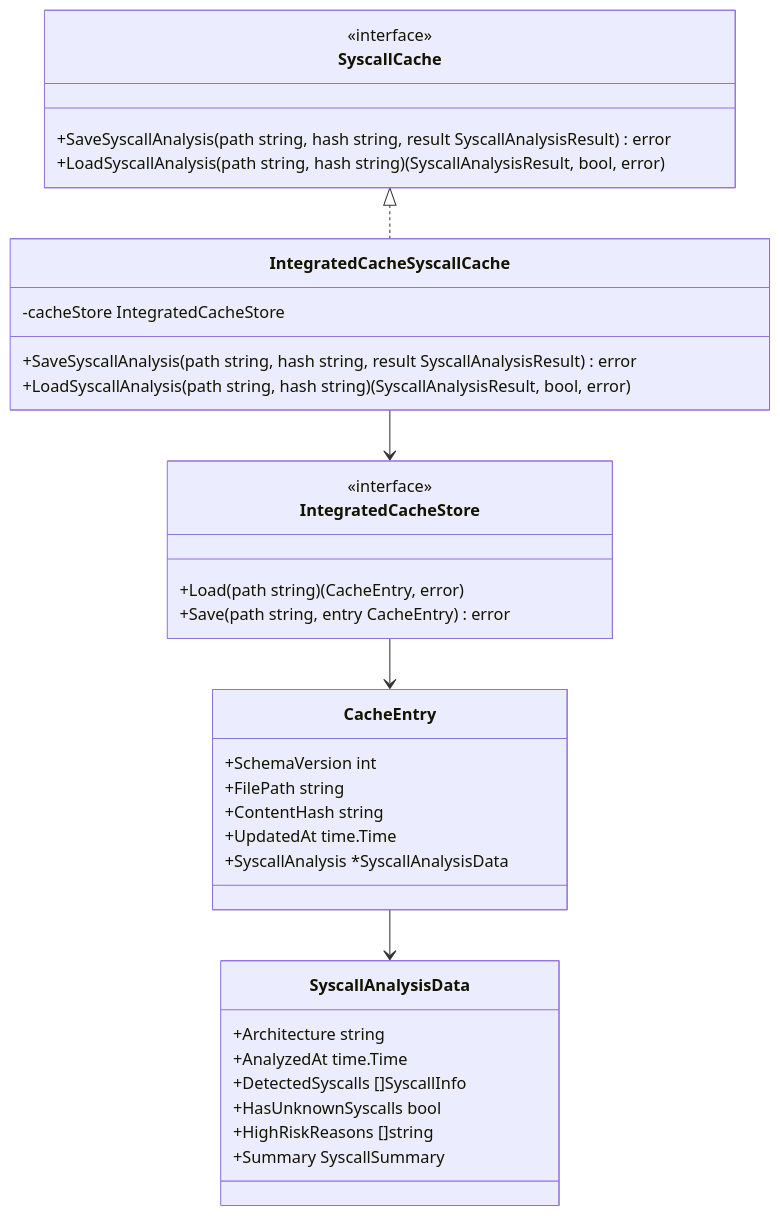
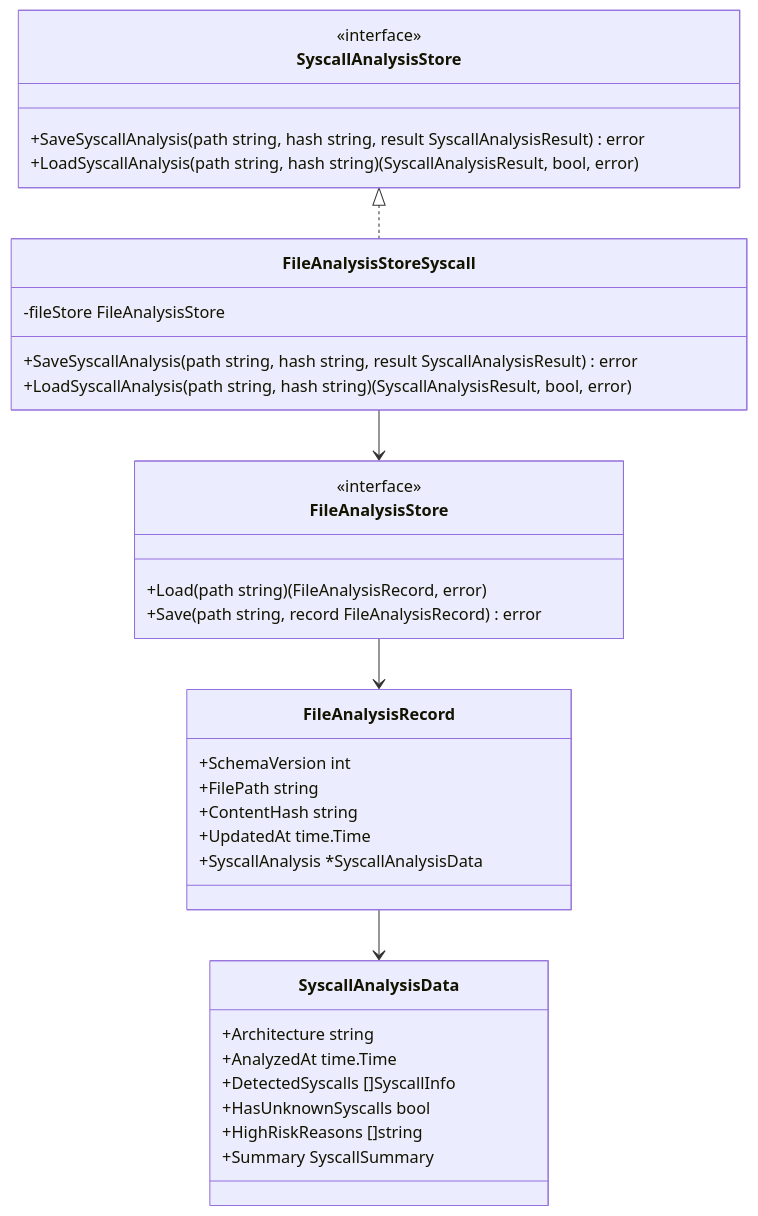
Before and after one commit to isseis/go-safe-cmd-runner: diagram 11 of 18 in docs/tasks/0070_elf_syscall_analysis/02_architecture.md, drawn with Mermaid. The commit also changed other lines of this file and 2 other files, not shown here.

First line of the commit message:
docs: rename integrated cache to file-analysis store

````diff
--- a/docs/tasks/0070_elf_syscall_analysis/02_architecture.md
+++ b/docs/tasks/0070_elf_syscall_analysis/02_architecture.md
@@ -413,42 +410,42 @@
 ```mermaid
 classDiagram
-    class SyscallCache {
+    class SyscallAnalysisStore {
         <<interface>>
         +SaveSyscallAnalysis(path string, hash string, result SyscallAnalysisResult) error
         +LoadSyscallAnalysis(path string, hash string) (SyscallAnalysisResult, bool, error)
     }
 
-    class IntegratedCacheSyscallCache {
-        -cacheStore IntegratedCacheStore
+    class FileAnalysisStoreSyscall {
+        -fileStore FileAnalysisStore
         +SaveSyscallAnalysis(path string, hash string, result SyscallAnalysisResult) error
         +LoadSyscallAnalysis(path string, hash string) (SyscallAnalysisResult, bool, error)
     }
 
-    class IntegratedCacheStore {
+    class FileAnalysisStore {
         <<interface>>
-        +Load(path string) (CacheEntry, error)
-        +Save(path string, entry CacheEntry) error
+        +Load(path string) (FileAnalysisRecord, error)
+        +Save(path string, record FileAnalysisRecord) error
     }
 
-    class CacheEntry {
+    class FileAnalysisRecord {
         +SchemaVersion int
         +FilePath string
         +ContentHash string
         +UpdatedAt time.Time
         +SyscallAnalysis *SyscallAnalysisData
     }
 
     class SyscallAnalysisData {
         +Architecture string
         +AnalyzedAt time.Time
         +DetectedSyscalls []SyscallInfo
         +HasUnknownSyscalls bool
         +HighRiskReasons []string
         +Summary SyscallSummary
     }
 
-    SyscallCache <|.. IntegratedCacheSyscallCache
-    IntegratedCacheSyscallCache --> IntegratedCacheStore
-    IntegratedCacheStore --> CacheEntry
-    CacheEntry --> SyscallAnalysisData
+    SyscallAnalysisStore <|.. FileAnalysisStoreSyscall
+    FileAnalysisStoreSyscall --> FileAnalysisStore
+    FileAnalysisStore --> FileAnalysisRecord
+    FileAnalysisRecord --> SyscallAnalysisData
 ```
````
